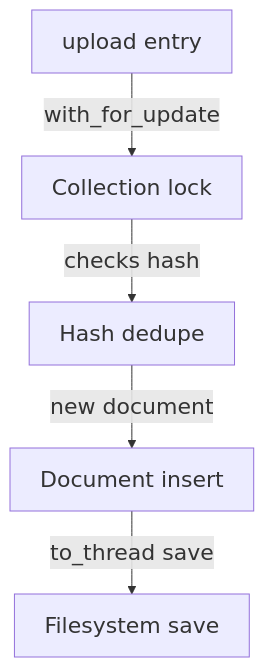
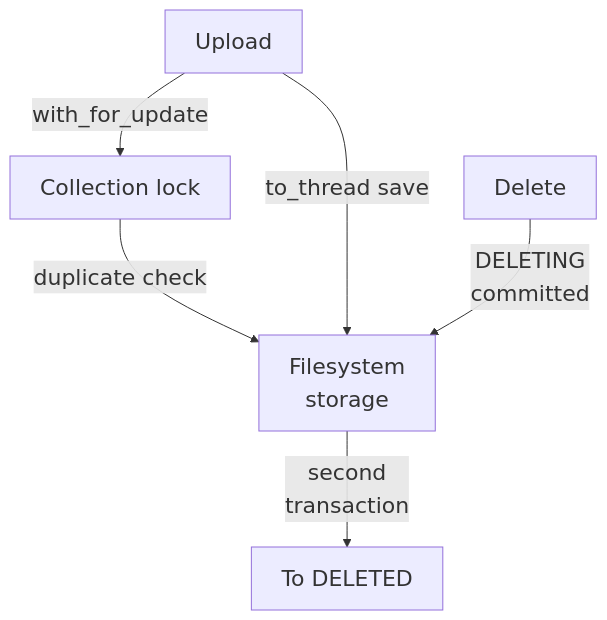
One commit to Justin-Mendoza/Afterclass changed the third of 5 diagrams in maps/foundation/README.md. Above: the diagram before and after it, drawn with Mermaid. The commit also changed other lines of this file and 83 other files, not shown here.

````diff
--- a/maps/foundation/README.md
+++ b/maps/foundation/README.md
@@ -98,13 +96,14 @@
 ```mermaid
 %%{init: {"themeVariables": {"fontSize": "22px"}}}%%
 flowchart TD
-  n0["upload entry"]
+  n0["Upload"]
   n1["Collection lock"]
-  n2["Hash dedupe"]
-  n3["Document insert"]
-  n4["Filesystem save"]
+  n2["Filesystem<br/>storage"]
+  n3["Delete"]
+  n4["To DELETED"]
   n0 -->|"with_for_update"| n1
-  n1 -->|"checks hash"| n2
-  n2 -->|"new document"| n3
-  n3 -->|"to_thread save"| n4
+  n1 -->|"duplicate check"| n2
+  n0 -->|"to_thread save"| n2
+  n3 -->|"DELETING<br/>committed"| n2
+  n2 -->|"second<br/>transaction"| n4
 ```
````
